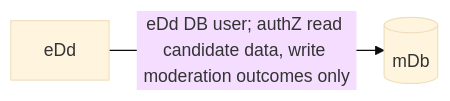
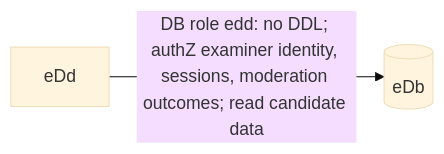
Before and after one commit to freeCodeCamp/exam-platform: the fifth of 5 diagrams in docs/auth.md, drawn with Mermaid (base theme). The commit also changed other lines of this file and 69 other files, not shown here.

````diff
--- a/docs/auth.md
+++ b/docs/auth.md
@@ -35,4 +35,4 @@
 ```mermaid
 graph LR
-  eDd["eDd"] -->|"eDd DB user; authZ read candidate data, write moderation outcomes only"| mDb[("mDb")]
+  eDd["eDd"] -->|"DB role edd: no DDL; authZ examiner identity, sessions, moderation outcomes; read candidate data"| eDb[("eDb")]
 ```
````
